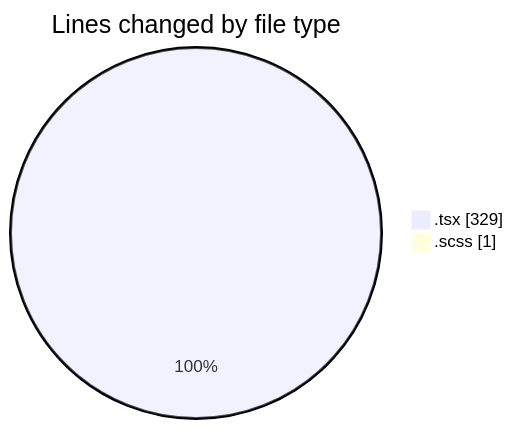
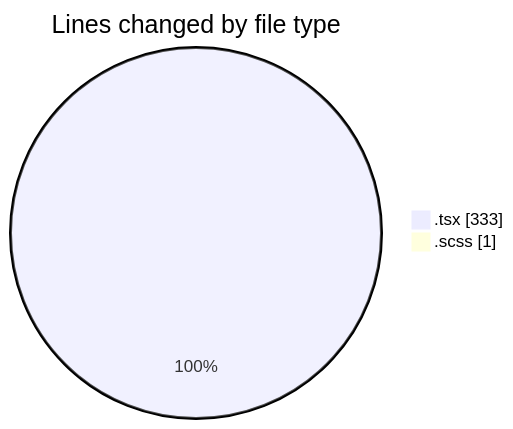
Before and after one commit to momahboobian/code-tracking: the first of 2 diagrams in 2025-03-19/cda/README.md, drawn with Mermaid. The commit also changed other lines of this file and 1 other file, not shown here.

````diff
--- a/2025-03-19/cda/README.md
+++ b/2025-03-19/cda/README.md
@@ -23,6 +23,6 @@
 ```mermaid
 pie showData
 title Lines changed by file type
-".tsx" : 329
+".tsx" : 333
 ".scss" : 1
 ```
````
